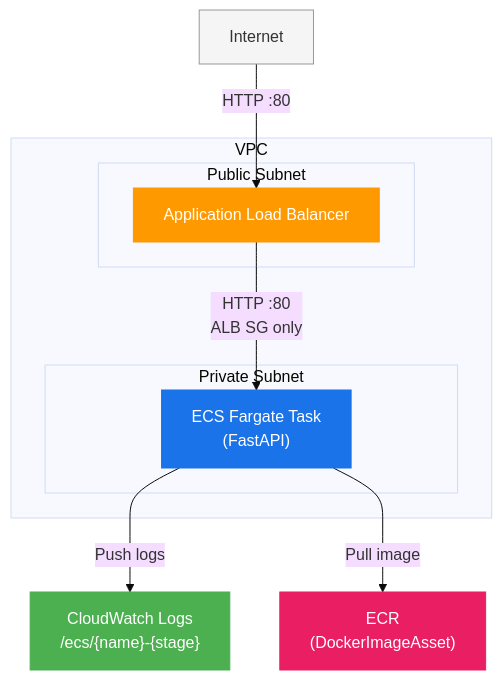
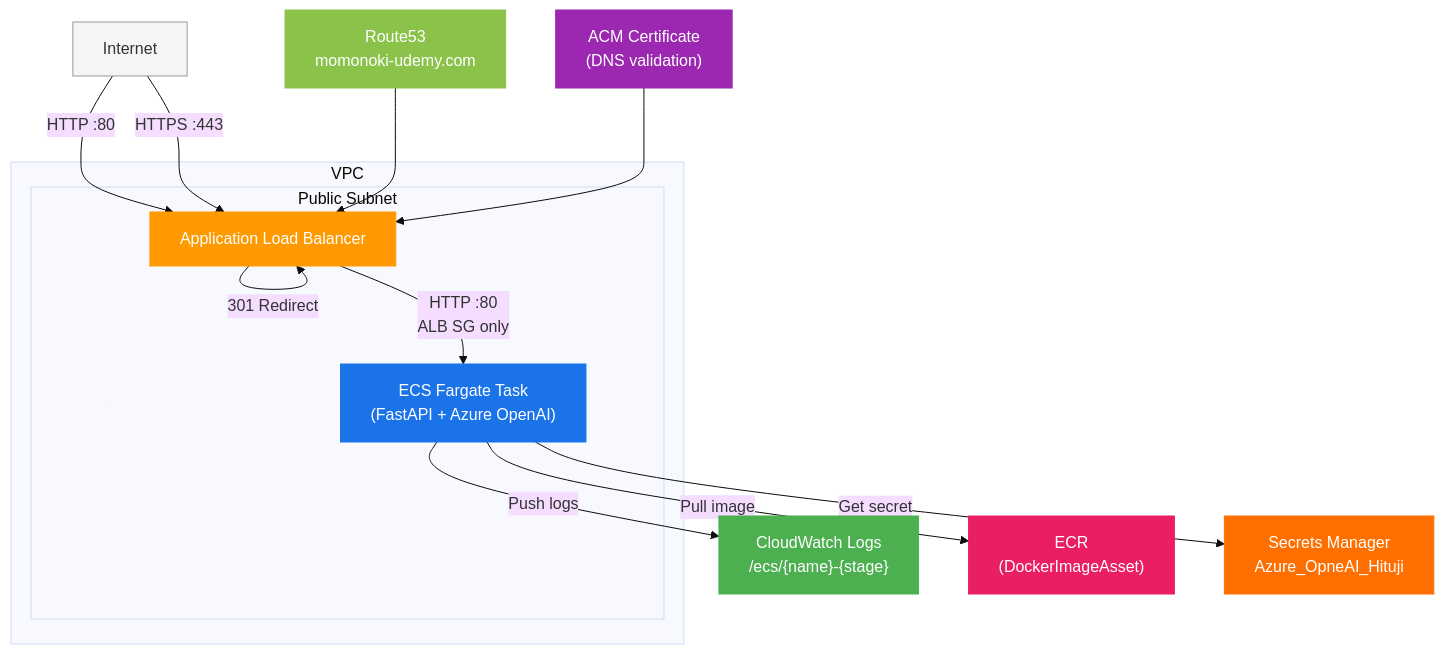
The diagram in README.md (hituji1012/public-ecs-sample), drawn with Mermaid (base theme) before and after one commit. The commit also changed other lines of this file and 12 other files, not shown here.

````diff
--- a/README.md
+++ b/README.md
@@ -17,23 +19,29 @@
 ```mermaid
 graph TD
     Internet["Internet"] -->|HTTP :80| ALB
+    ALB -->|301 Redirect| ALB
+    Internet -->|HTTPS :443| ALB
 
     subgraph VPC
         subgraph Public Subnet
             ALB["Application Load Balancer"]
-        end
-        subgraph Private Subnet
-            ECS["ECS Fargate Task\n(FastAPI)"]
+            ECS["ECS Fargate Task\n(FastAPI + Azure OpenAI)"]
         end
     end
 
     ALB -->|HTTP :80\nALB SG only| ECS
     ECS -->|Push logs| CWL["CloudWatch Logs\n/ecs/{name}-{stage}"]
     ECS -->|Pull image| ECR["ECR\n(DockerImageAsset)"]
+    ECS -->|Get secret| SM["Secrets Manager\nAzure_OpneAI_Hituji"]
+    R53["Route53\nmomonoki-udemy.com"] --> ALB
+    ACM["ACM Certificate\n(DNS validation)"] --> ALB
 
     style Internet fill:#f5f5f5,stroke:#999
     style ALB fill:#FF9900,color:#fff,stroke:#FF9900
     style ECS fill:#1A73E8,color:#fff,stroke:#1A73E8
     style CWL fill:#4CAF50,color:#fff,stroke:#4CAF50
     style ECR fill:#E91E63,color:#fff,stroke:#E91E63
+    style SM fill:#FF6F00,color:#fff,stroke:#FF6F00
+    style R53 fill:#8BC34A,color:#fff,stroke:#8BC34A
+    style ACM fill:#9C27B0,color:#fff,stroke:#9C27B0
 ```
````
